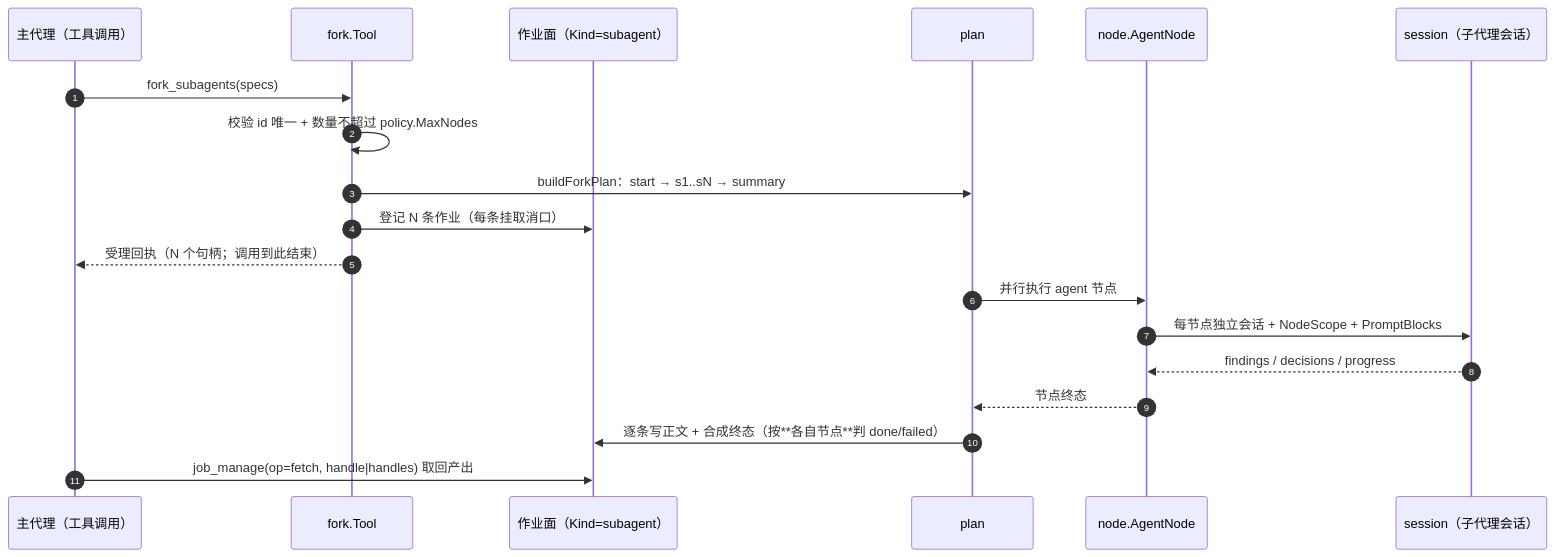
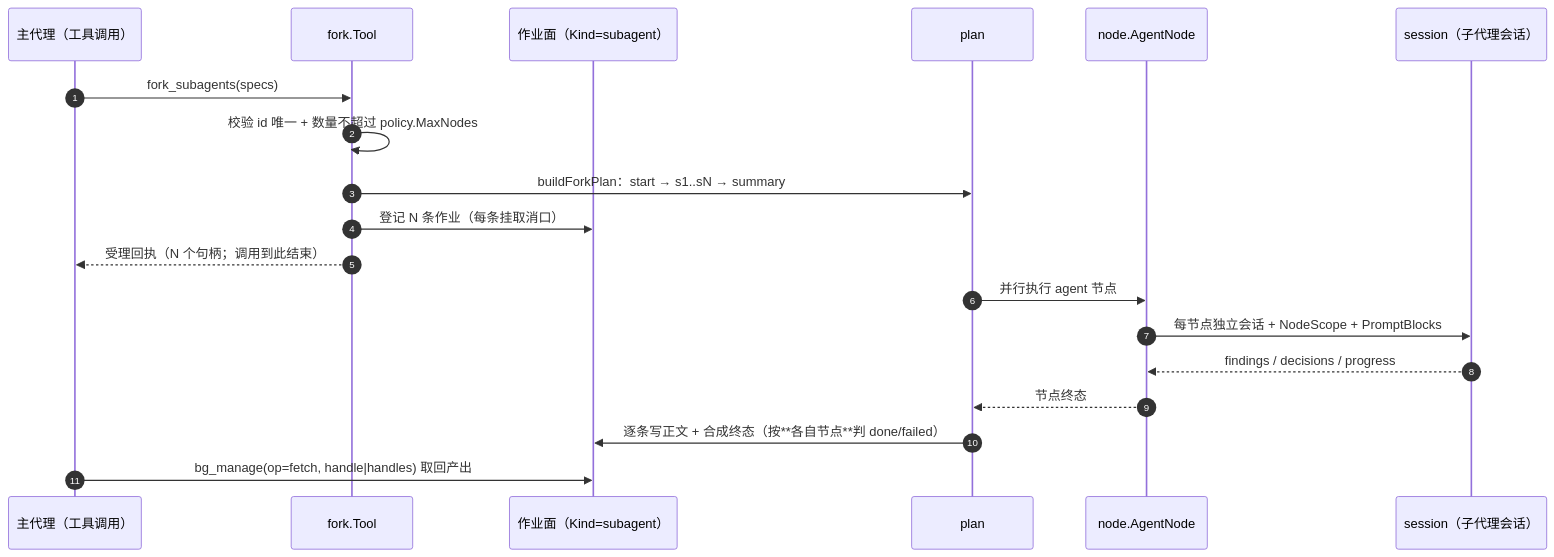
Before and after one commit to RedHuang-0622/seelex: the second of 2 diagrams in seelebridge/fork/README.md, drawn with Mermaid. The commit also changed other lines of this file and 89 other files, not shown here.

````diff
--- a/seelebridge/fork/README.md
+++ b/seelebridge/fork/README.md
@@ -36,22 +36,22 @@
 ```mermaid
 sequenceDiagram
     autonumber
     participant T as 主代理（工具调用）
     participant F as fork.Tool
     participant J as 作业面（Kind=subagent）
     participant P as plan
     participant N as node.AgentNode
     participant S as session（子代理会话）
 
     T->>F: fork_subagents(specs)
     F->>F: 校验 id 唯一 + 数量不超过 policy.MaxNodes
     F->>P: buildForkPlan：start → s1..sN → summary
     F->>J: 登记 N 条作业（每条挂取消口）
     F-->>T: 受理回执（N 个句柄；调用到此结束）
     P->>N: 并行执行 agent 节点
     N->>S: 每节点独立会话 + NodeScope + PromptBlocks
     S-->>N: findings / decisions / progress
     N-->>P: 节点终态
     P->>J: 逐条写正文 + 合成终态（按**各自节点**判 done/failed）
-    T->>J: job_manage(op=fetch, handle|handles) 取回产出
+    T->>J: bg_manage(op=fetch, handle|handles) 取回产出
 ```
````
